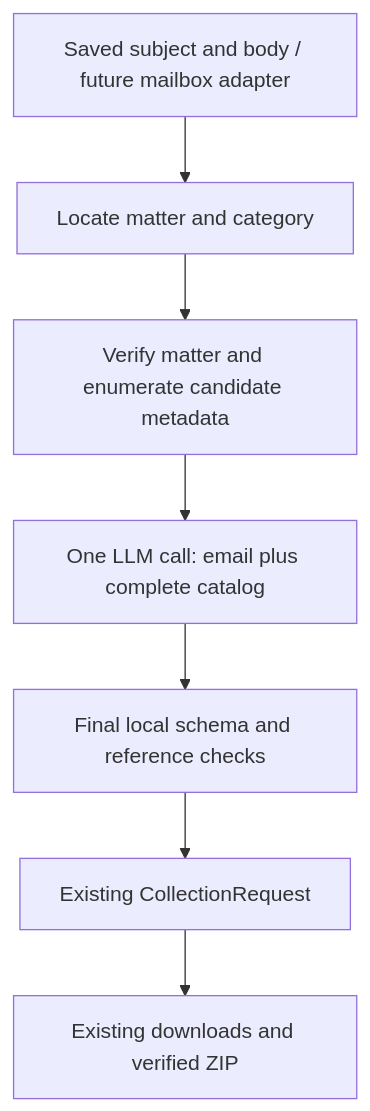
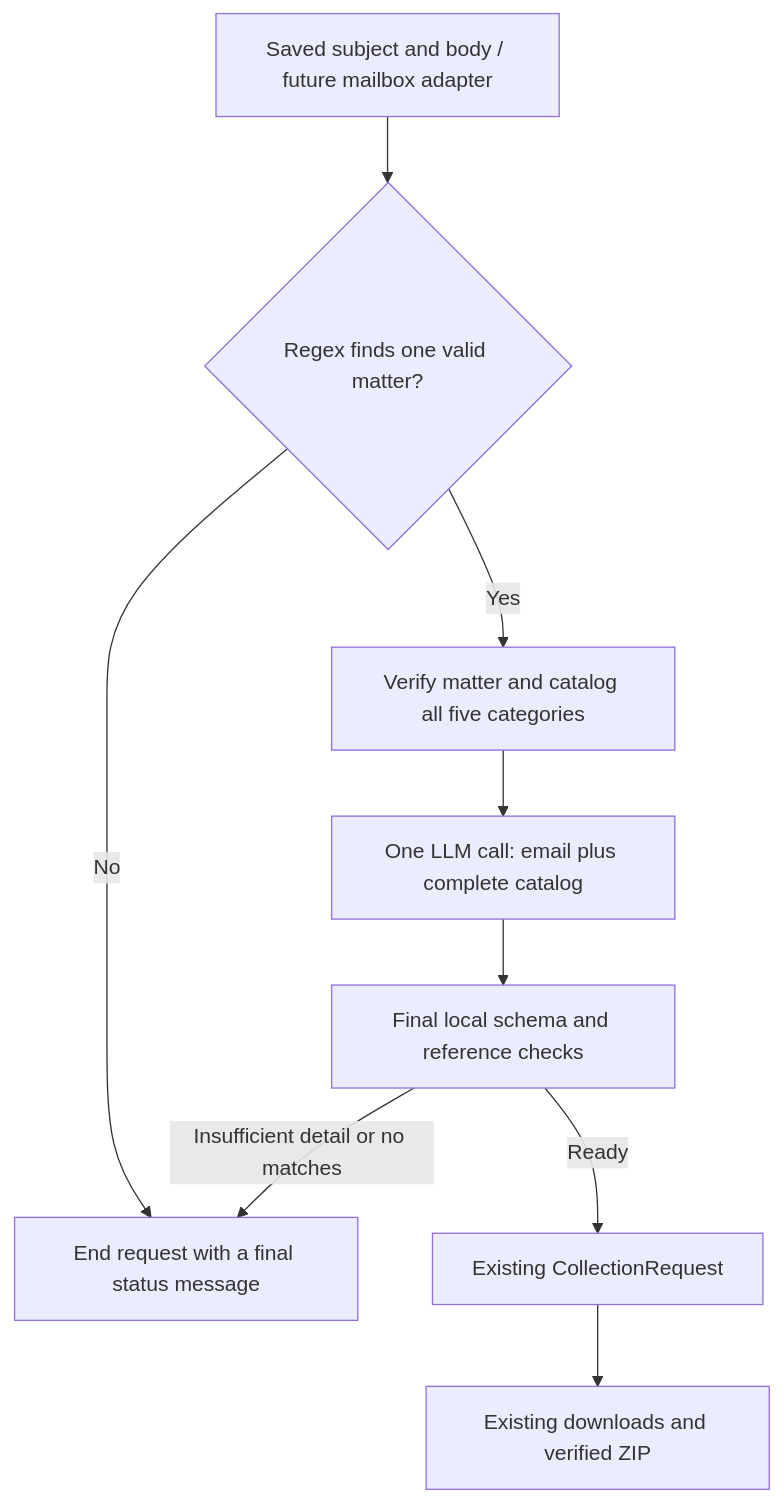
The diagram in docs/single-call-llm-plan.md (Taha-M567/Senpilot_OA), drawn with Mermaid before and after one commit. The commit also changed other lines of this file and 1 other file, not shown here.

Commit message:
Simplify LLM plan to stateless matter-first requests

````diff
--- a/docs/single-call-llm-plan.md
+++ b/docs/single-call-llm-plan.md
@@ -21,9 +24,11 @@
 ```mermaid
 flowchart TD
-    A[Saved subject and body / future mailbox adapter] --> B[Locate matter and category]
-    B --> C[Verify matter and enumerate candidate metadata]
+    A[Saved subject and body / future mailbox adapter] --> B{Regex finds one valid matter?}
+    B -->|No| X[End request with a final status message]
+    B -->|Yes| C[Verify matter and catalog all five categories]
     C --> D[One LLM call: email plus complete catalog]
     D --> E[Final local schema and reference checks]
-    E --> F[Existing CollectionRequest]
+    E -->|Ready| F[Existing CollectionRequest]
+    E -->|Insufficient detail or no matches| X
     F --> G[Existing downloads and verified ZIP]
 ```
````
